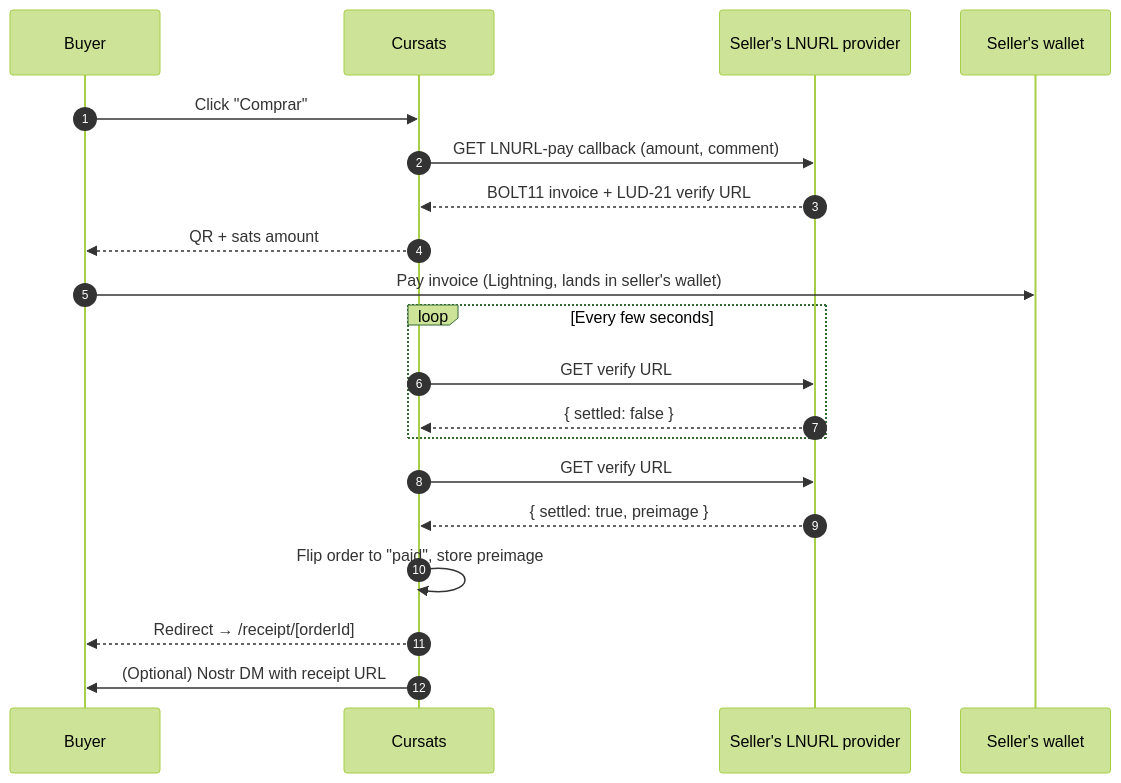
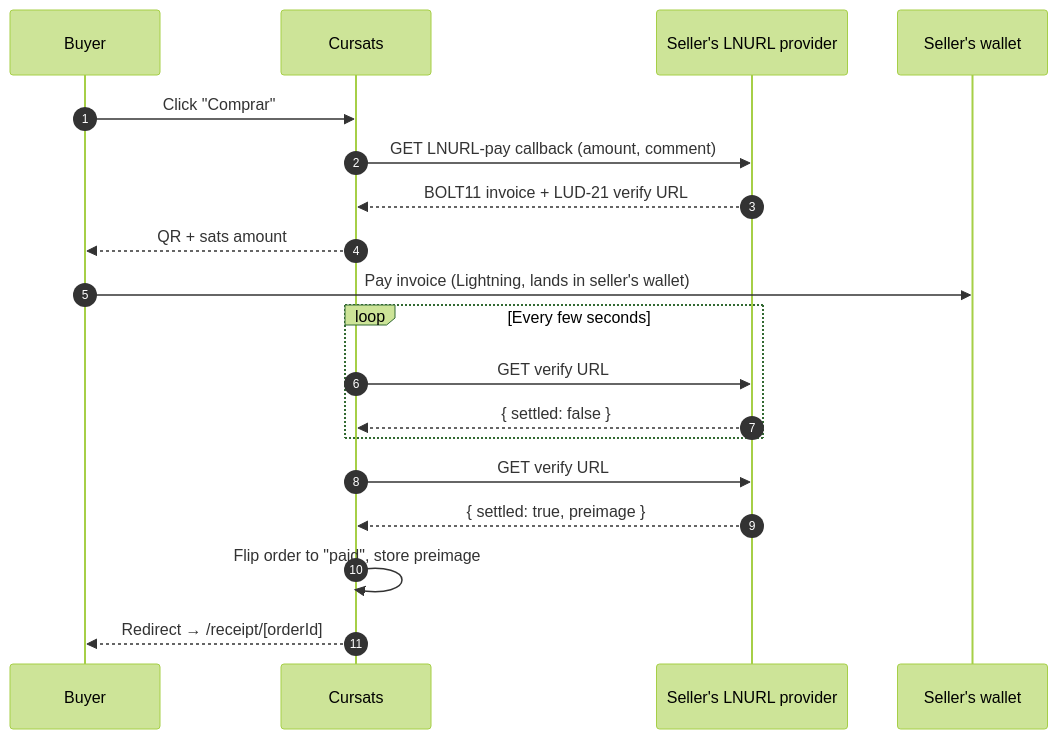
One commit to bitbybit-ar/bitbybit-cursats changed the second of 2 diagrams in docs/features/checkout-flow.md. Above: the diagram before and after it, drawn with Mermaid (forest theme). The commit also changed other lines of this file and 76 other files, not shown here.

````diff
--- a/docs/features/checkout-flow.md
+++ b/docs/features/checkout-flow.md
@@ -125,23 +129,22 @@
 ```mermaid
 sequenceDiagram
   autonumber
   participant Buyer
   participant App as Cursats
   participant LNURL as Seller's LNURL provider
   participant Wallet as Seller's wallet
 
   Buyer->>App: Click "Comprar"
   App->>LNURL: GET LNURL-pay callback (amount, comment)
   LNURL-->>App: BOLT11 invoice + LUD-21 verify URL
   App-->>Buyer: QR + sats amount
   Buyer->>Wallet: Pay invoice (Lightning, lands in seller's wallet)
   loop Every few seconds
     App->>LNURL: GET verify URL
     LNURL-->>App: { settled: false }
   end
   App->>LNURL: GET verify URL
   LNURL-->>App: { settled: true, preimage }
   App->>App: Flip order to "paid", store preimage
   App-->>Buyer: Redirect → /receipt/[orderId]
-  App->>Buyer: (Optional) Nostr DM with receipt URL
 ```
````
